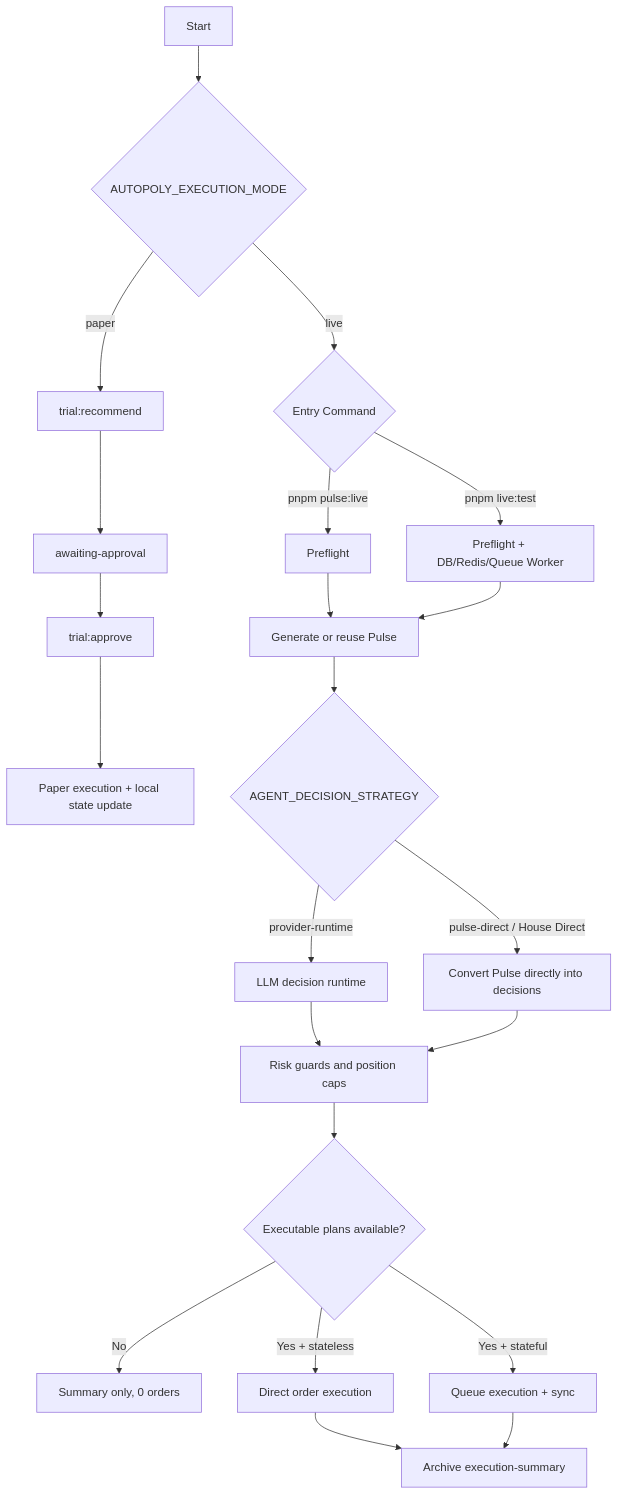
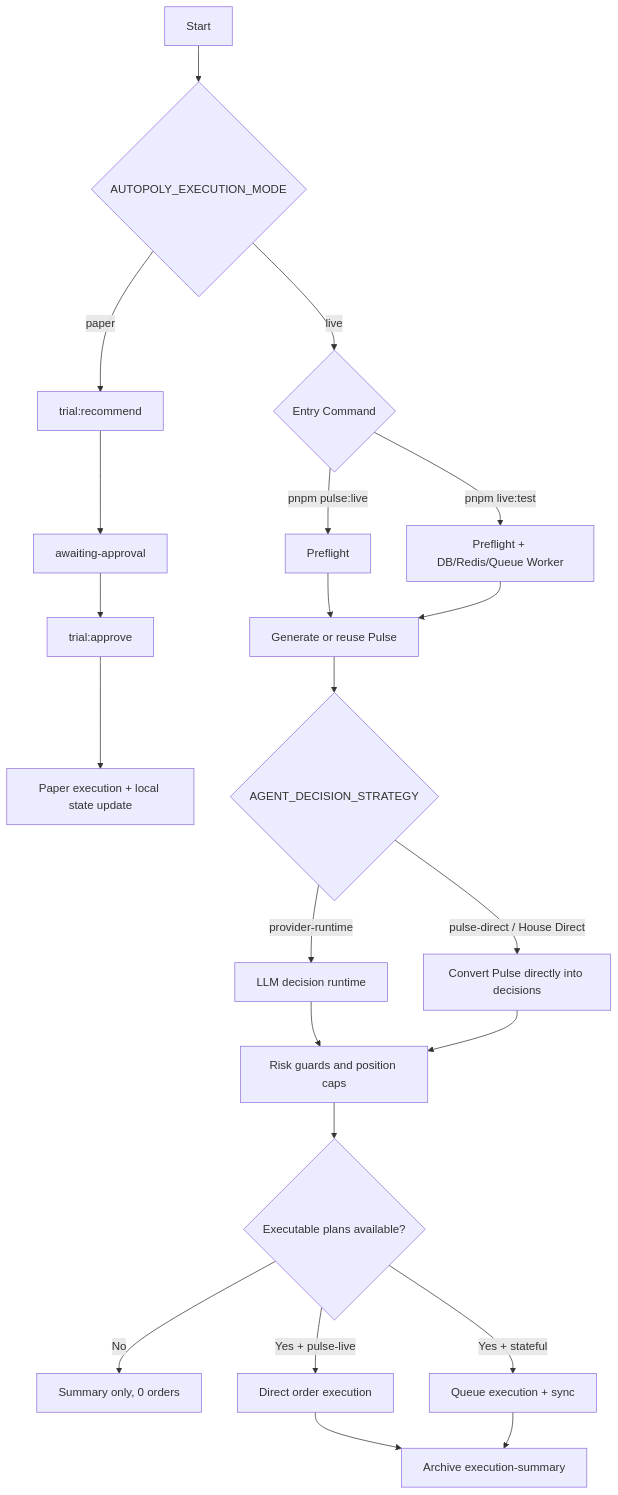
Before and after one commit to Alchemist-X/hourglass: the diagram in Illustration/trading-modes-flowchart.en.md, drawn with Mermaid. The commit also changed other lines of this file and 26 other files, not shown here.

Commit message:
refactor: remove all stateless references, rename pulse to pulse:recommend

````diff
--- a/Illustration/trading-modes-flowchart.en.md
+++ b/Illustration/trading-modes-flowchart.en.md
@@ -3,31 +3,31 @@
 ```mermaid
 flowchart TD
   A[Start] --> B{AUTOPOLY_EXECUTION_MODE}
 
   B -->|paper| C[trial:recommend]
   C --> D[awaiting-approval]
   D --> E[trial:approve]
   E --> F[Paper execution + local state update]
 
   B -->|live| G{Entry Command}
   G -->|pnpm pulse:live| H[Preflight]
   G -->|pnpm live:test| I[Preflight + DB/Redis/Queue Worker]
 
   H --> J[Generate or reuse Pulse]
   I --> J
 
   J --> K{AGENT_DECISION_STRATEGY}
   K -->|provider-runtime| L[LLM decision runtime]
   K -->|pulse-direct / House Direct| M[Convert Pulse directly into decisions]
 
   L --> N[Risk guards and position caps]
   M --> N
 
   N --> O{Executable plans available?}
   O -->|No| P[Summary only, 0 orders]
-  O -->|Yes + stateless| Q[Direct order execution]
+  O -->|Yes + pulse-live| Q[Direct order execution]
   O -->|Yes + stateful| R[Queue execution + sync]
 
   Q --> S[Archive execution-summary]
   R --> S
 ```
````
